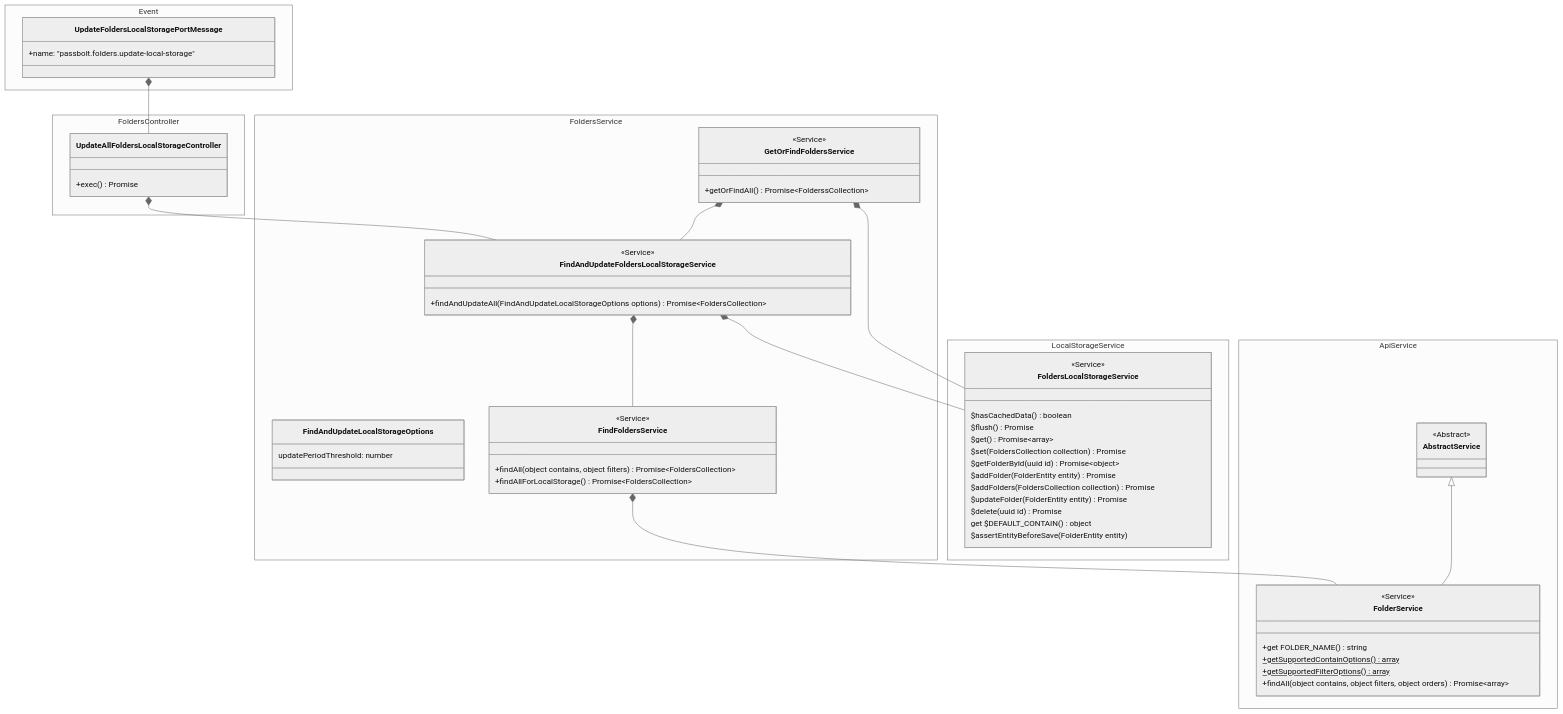
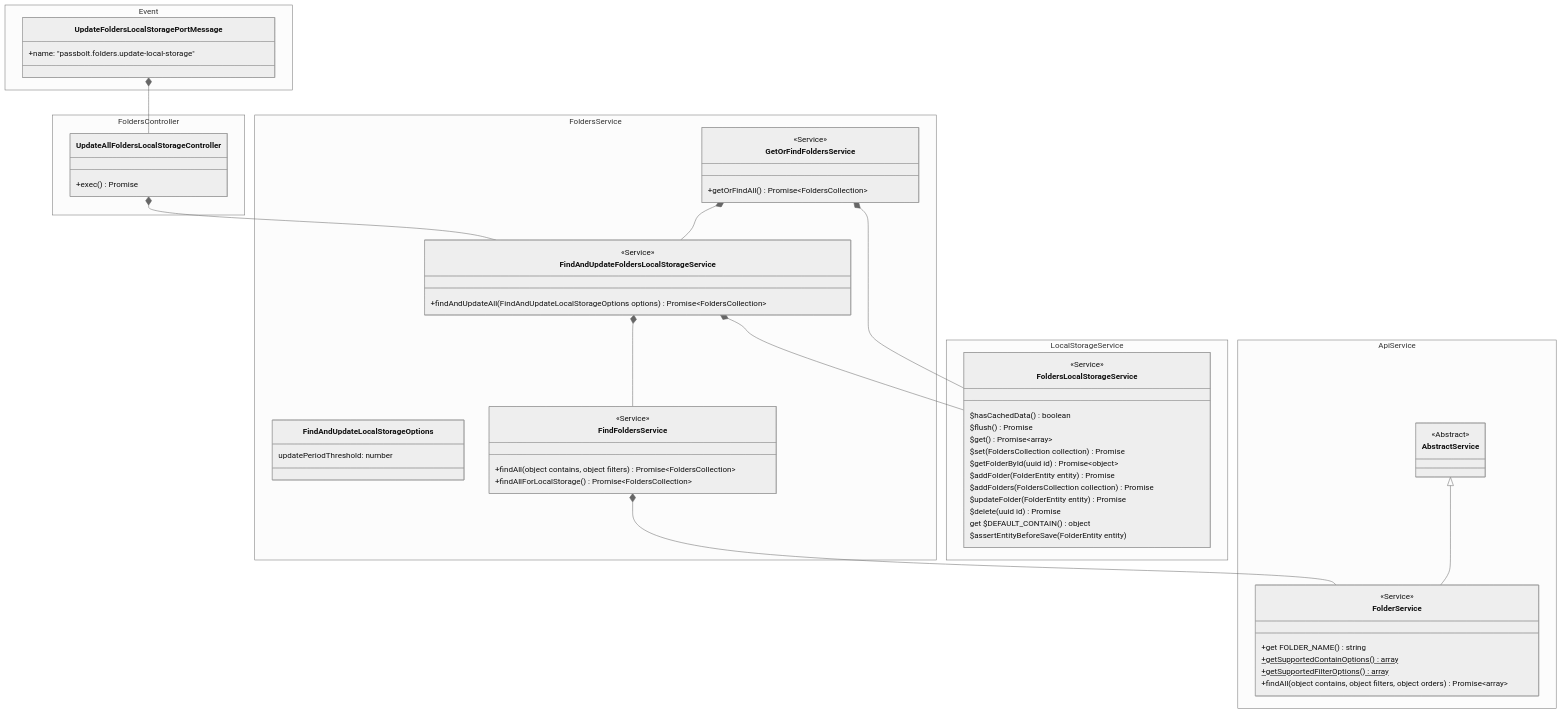
Before and after one commit to passbolt/passbolt_browser_extension: the diagram in doc/folders-find-class.md, drawn with Mermaid. The commit also changed 2 other files, not shown here.

Commit message:
PB-35359 WP3 Update resource class diagram to support resource creation with v5

````diff
--- a/doc/folders-find-class.md
+++ b/doc/folders-find-class.md
@@ -1,77 +1,77 @@
 ```mermaid
 %%{init: {'theme':'neutral'}}%%
 classDiagram
     namespace Event {
         class UpdateFoldersLocalStoragePortMessage{
             +name: "passbolt.folders.update-local-storage"
         }
     }
 
     namespace FoldersController {
         class UpdateAllFoldersLocalStorageController{
             +exec() Promise
         }
     }
 
     namespace FoldersService{
         class GetOrFindFoldersService{
             <<Service>>
-            +getOrFindAll() Promise~FolderssCollection~
+            +getOrFindAll() Promise~FoldersCollection~
         }
 
         class FindAndUpdateFoldersLocalStorageService{
             <<Service>>
             +findAndUpdateAll(FindAndUpdateLocalStorageOptions options) Promise~FoldersCollection~
         }
 
         class FindAndUpdateLocalStorageOptions {
             updatePeriodThreshold: number
         }
 
         class FindFoldersService{
             <<Service>>
             +findAll(object contains, object filters) Promise~FoldersCollection~
             +findAllForLocalStorage() Promise~FoldersCollection~
         }
     }
 
     namespace ApiService{
         class AbstractService {
             <<Abstract>>
         }
 
         class FolderService {
             <<Service>>
             +get FOLDER_NAME() string
             +getSupportedContainOptions() array$
             +getSupportedFilterOptions() array$
             +findAll(object contains, object filters, object orders) Promise~array~
         }
     }
 
     namespace LocalStorageService{
         class FoldersLocalStorageService {
             <<Service>>
             $hasCachedData() boolean
             $flush() Promise
             $get() Promise~array~
             $set(FoldersCollection collection) Promise
             $getFolderById(uuid id) Promise~object~
             $addFolder(FolderEntity entity) Promise
             $addFolders(FoldersCollection collection) Promise
             $updateFolder(FolderEntity entity) Promise
             $delete(uuid id) Promise
             get $DEFAULT_CONTAIN() object
             $assertEntityBeforeSave(FolderEntity entity)
         }
     }
 
     UpdateFoldersLocalStoragePortMessage*--UpdateAllFoldersLocalStorageController
     UpdateAllFoldersLocalStorageController*--FindAndUpdateFoldersLocalStorageService
     FindAndUpdateFoldersLocalStorageService*--FoldersLocalStorageService
     GetOrFindFoldersService*--FoldersLocalStorageService
     GetOrFindFoldersService*--FindAndUpdateFoldersLocalStorageService
     FindAndUpdateFoldersLocalStorageService*--FindFoldersService
     FindFoldersService*--FolderService
     AbstractService<|--FolderService
 ```
````
